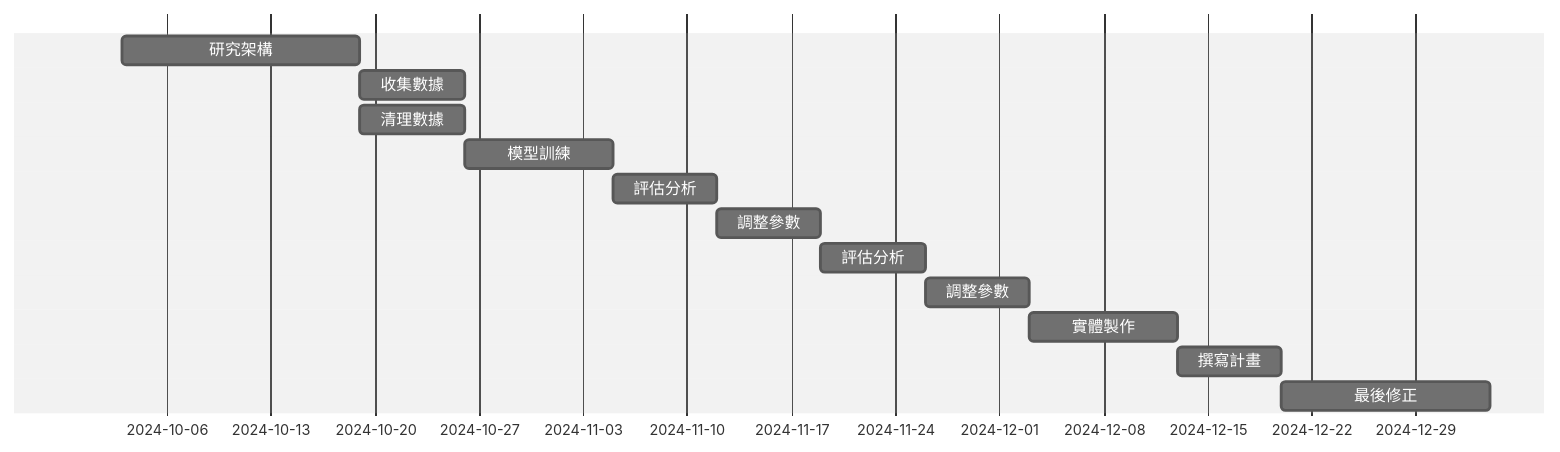
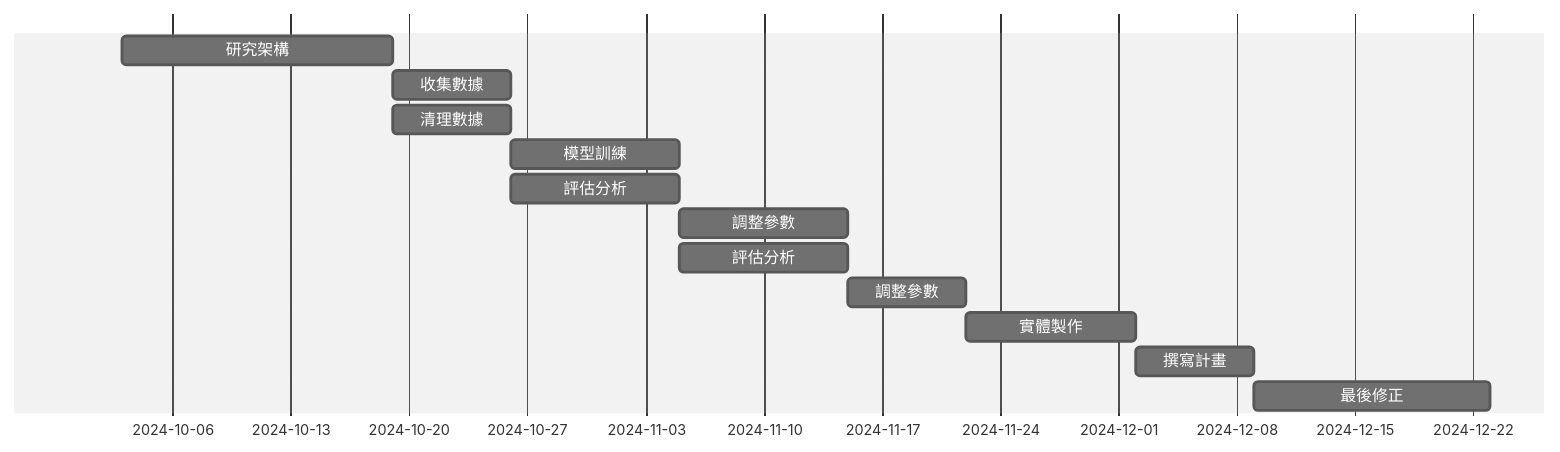
The diagram in hw2.md (FashionSu/AI_traash), drawn with Mermaid (neutral theme) before and after one commit.

````diff
--- a/hw2.md
+++ b/hw2.md
@@ -5,17 +5,17 @@
 ```mermaid
 gantt
     dateFormat  YYYY-MM-DD
     axisFormat  %Y-%m-%d
 
     研究架構           :a1, 2024-10-03, 16d
     收集數據           :a2, after a1, 7d
     清理數據           :a3, after a1, 7d
     模型訓練           :a4, after a2, 10d
-    評估分析           :a5, after a4, 7d
-    調整參數           :a6, after a5, 7d
-    評估分析           :a7, after a6, 7d
+    評估分析           :a5, after a2, 10d
+    調整參數           :a6, after a5, 10d
+    評估分析           :a7, after a5, 10d
     調整參數           :a8, after a7, 7d
     實體製作           :a9, after a8, 10d
     撰寫計畫           :a10, after a9, 7d
     最後修正           :a11, after a10, 14d
 ```
````
